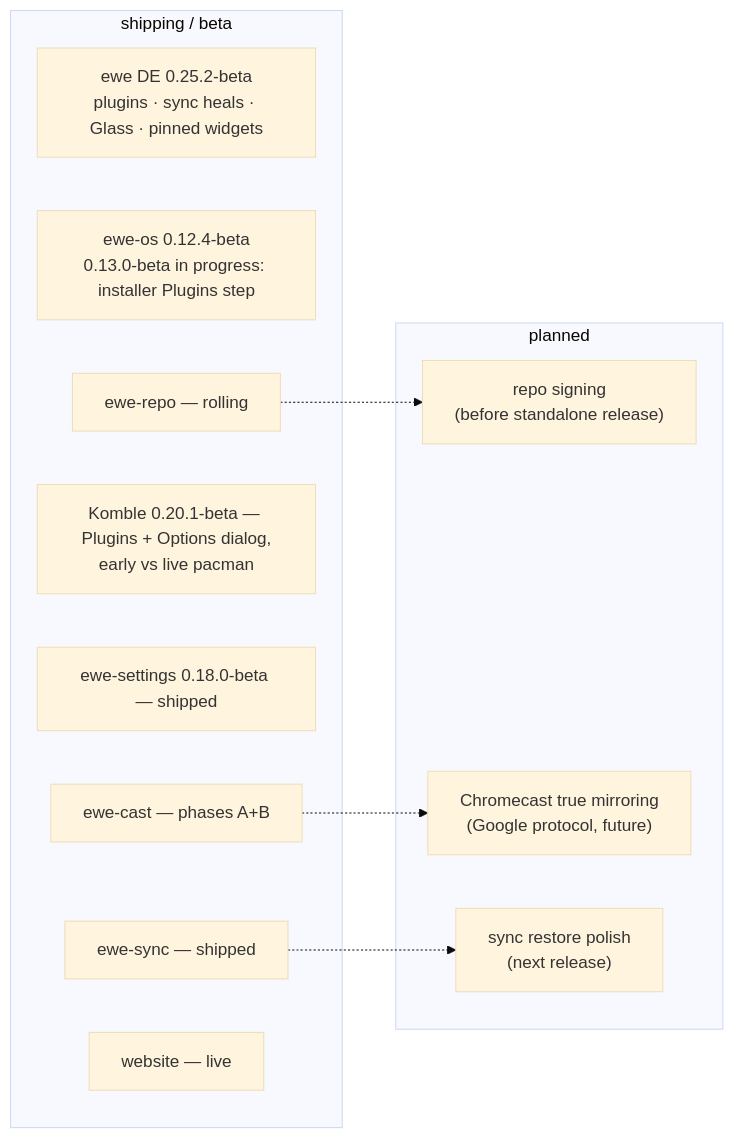
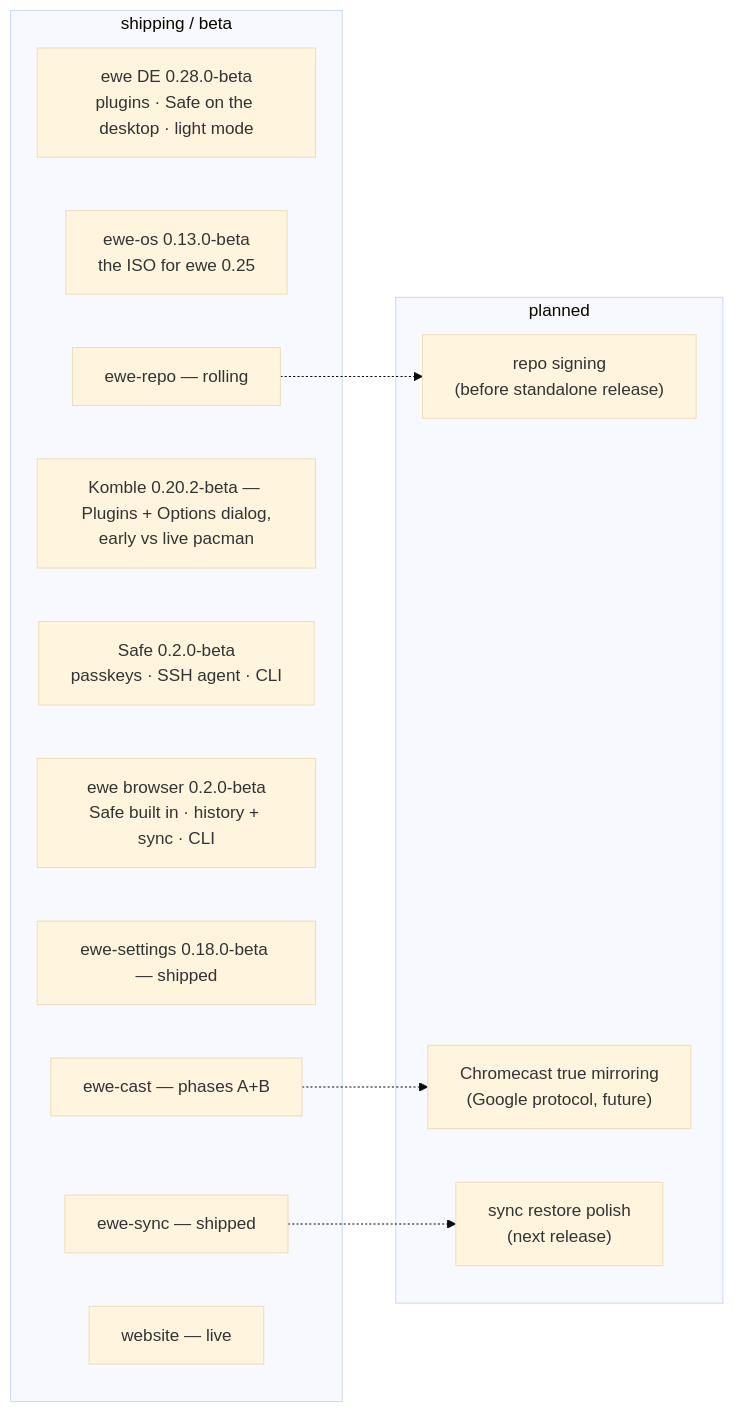
The diagram in 01-Overview/Roadmap and Status.md (prj786/ewe-map), drawn with Mermaid (base theme) before and after one commit. The commit also changed other lines of this file and 23 other files, not shown here.

First line of the commit message:
release: Safe 0.2.0-beta, ewe browser 0.2.0-beta, ewe 0.28.0-beta (2026-10-15)

````diff
--- a/01-Overview/Roadmap and Status.md
+++ b/01-Overview/Roadmap and Status.md
@@ -166,21 +179,23 @@
 ```mermaid
 flowchart LR
     subgraph shipping["shipping / beta"]
-        EWE["ewe DE 0.25.2-beta<br/>plugins · sync heals · Glass · pinned widgets"]
-        OS["ewe-os 0.12.4-beta<br/>0.13.0-beta in progress: installer Plugins step"]
+        EWE["ewe DE 0.28.0-beta<br/>plugins · Safe on the desktop · light mode"]
+        OS["ewe-os 0.13.0-beta<br/>the ISO for ewe 0.25"]
         REPO["ewe-repo — rolling"]
-        K["Komble 0.20.1-beta — Plugins + Options dialog,<br/>early vs live pacman"]
+        K["Komble 0.20.2-beta — Plugins + Options dialog,<br/>early vs live pacman"]
+        SAFE["Safe 0.2.0-beta<br/>passkeys · SSH agent · CLI"]
+        BR["ewe browser 0.2.0-beta<br/>Safe built in · history + sync · CLI"]
         S["ewe-settings 0.18.0-beta — shipped"]
         SY["ewe-sync — shipped"]
         CAST["ewe-cast — phases A+B"]
         WEB["website — live"]
     end
     subgraph planned["planned"]
         SIGN["repo signing<br/>(before standalone release)"]
         MIRROR["Chromecast true mirroring<br/>(Google protocol, future)"]
         REST["sync restore polish<br/>(next release)"]
     end
     REPO -.-> SIGN
     CAST -.-> MIRROR
     SY -.-> REST
 ```
````
